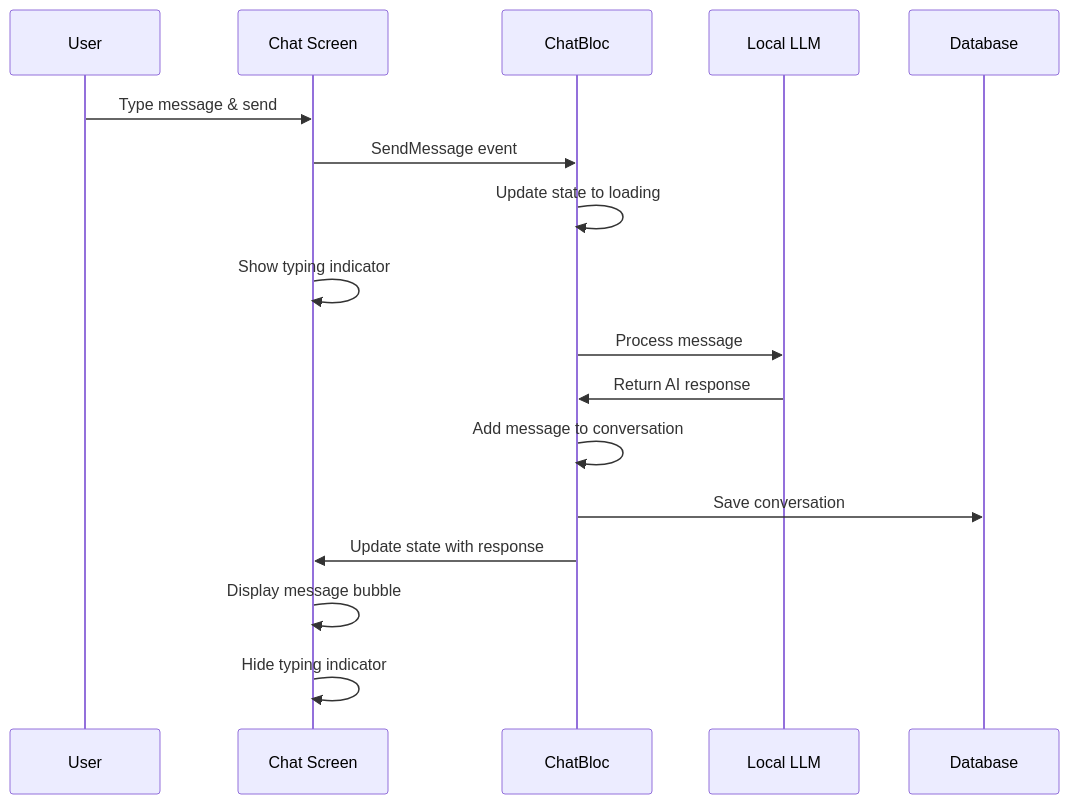
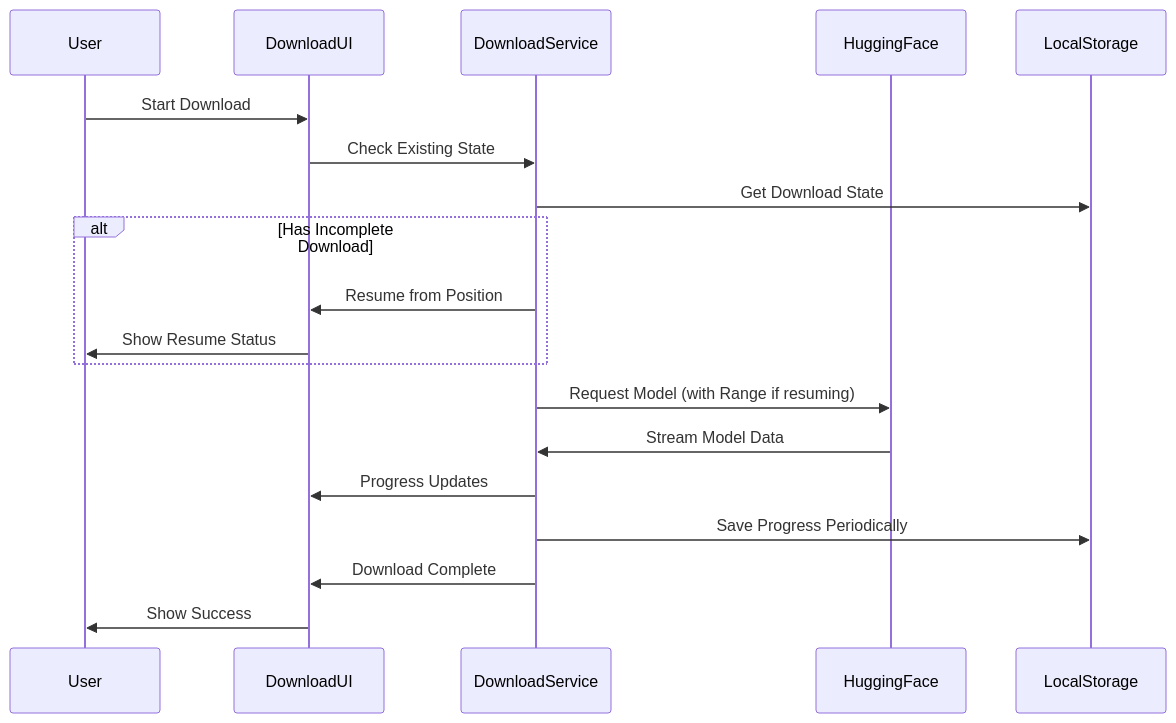
One commit to brahim-guaali/gen_lite changed the third of 9 diagrams in Docs/Architecture_Flow_Diagram.md. Above: the diagram before and after it, drawn with Mermaid. The commit also changed other lines of this file and 6 other files, not shown here.

````diff
--- a/Docs/Architecture_Flow_Diagram.md
+++ b/Docs/Architecture_Flow_Diagram.md
@@ -54,21 +101,25 @@
 ```mermaid
 sequenceDiagram
-    participant U as User
-    participant CS as Chat Screen
-    participant CB as ChatBloc
-    participant LLM as Local LLM
-    participant DB as Database
-
-    U->>CS: Type message & send
-    CS->>CB: SendMessage event
-    CB->>CB: Update state to loading
-    CS->>CS: Show typing indicator
+    participant User
+    participant DownloadUI
+    participant DownloadService
+    participant HuggingFace
+    participant LocalStorage
     
-    CB->>LLM: Process message
-    LLM->>CB: Return AI response
-    CB->>CB: Add message to conversation
-    CB->>DB: Save conversation
-    CB->>CS: Update state with response
-    CS->>CS: Display message bubble
-    CS->>CS: Hide typing indicator
+    User->>DownloadUI: Start Download
+    DownloadUI->>DownloadService: Check Existing State
+    DownloadService->>LocalStorage: Get Download State
+    
+    alt Has Incomplete Download
+        DownloadService->>DownloadUI: Resume from Position
+        DownloadUI->>User: Show Resume Status
+    end
+    
+    DownloadService->>HuggingFace: Request Model (with Range if resuming)
+    HuggingFace->>DownloadService: Stream Model Data
+    DownloadService->>DownloadUI: Progress Updates
+    DownloadService->>LocalStorage: Save Progress Periodically
+    
+    DownloadService->>DownloadUI: Download Complete
+    DownloadUI->>User: Show Success
 ```
````
